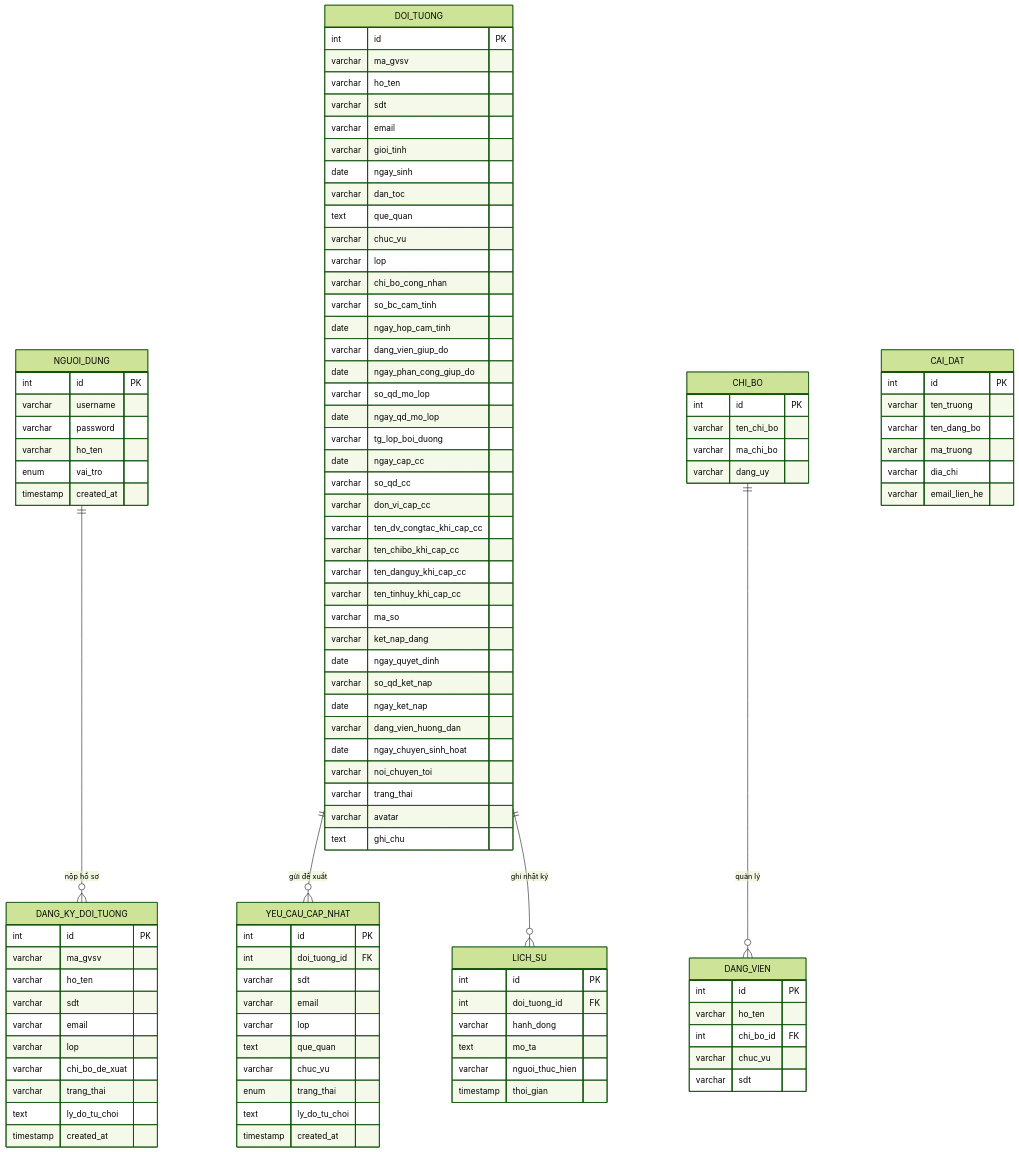
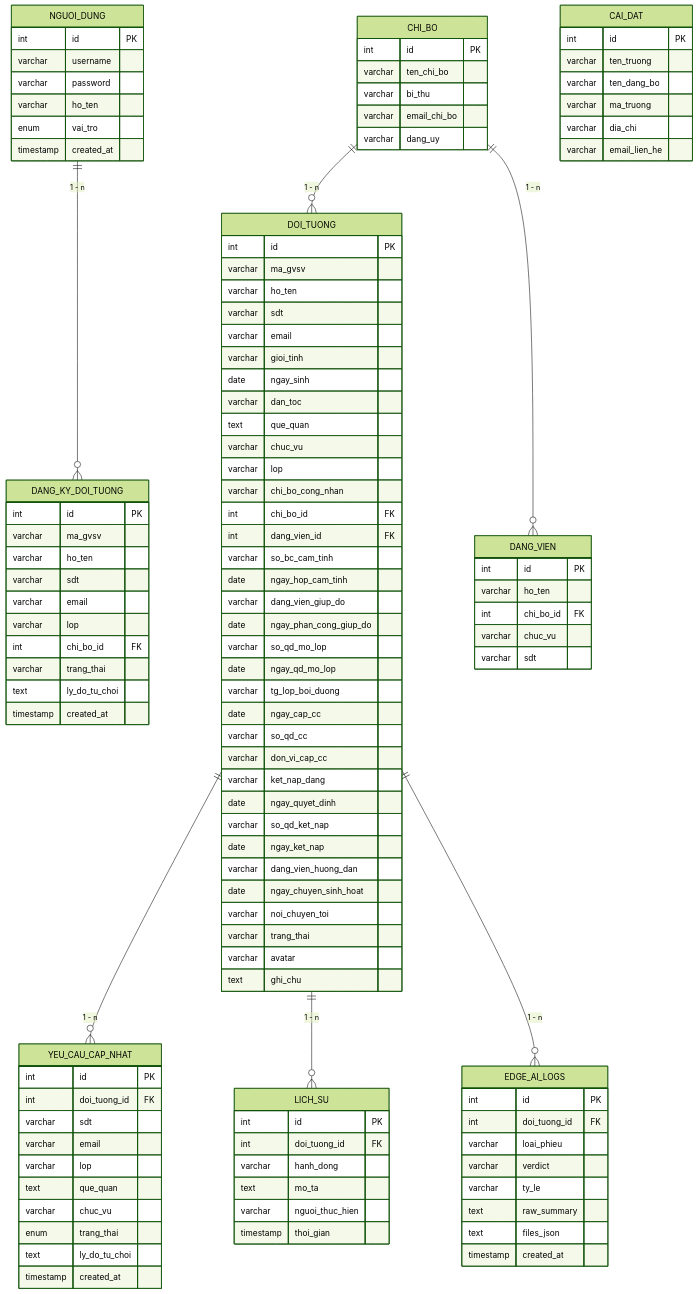
The tenth of 10 diagrams in chitiet.md (Datdajt03/QLQTUT-Dang), drawn with Mermaid (forest theme) before and after one commit. The commit also changed other lines of this file and 67 other files, not shown here.

````diff
--- a/chitiet.md
+++ b/chitiet.md
@@ -676,6 +699,8 @@
         varchar chuc_vu
         varchar lop
         varchar chi_bo_cong_nhan
+        int chi_bo_id FK
+        int dang_vien_id FK
         varchar so_bc_cam_tinh
         date ngay_hop_cam_tinh
         varchar dang_vien_giup_do
@@ -686,11 +711,6 @@
         date ngay_cap_cc
         varchar so_qd_cc
         varchar don_vi_cap_cc
-        varchar ten_dv_congtac_khi_cap_cc
-        varchar ten_chibo_khi_cap_cc
-        varchar ten_danguy_khi_cap_cc
-        varchar ten_tinhuy_khi_cap_cc
-        varchar ma_so
         varchar ket_nap_dang
         date ngay_quyet_dinh
         varchar so_qd_ket_nap
@@ -709,7 +729,7 @@
         varchar sdt
         varchar email
         varchar lop
-        varchar chi_bo_de_xuat
+        int chi_bo_id FK
         varchar trang_thai
         text ly_do_tu_choi
         timestamp created_at
@@ -729,7 +749,8 @@
     CHI_BO {
         int id PK
         varchar ten_chi_bo
-        varchar ma_chi_bo
+        varchar bi_thu
+        varchar email_chi_bo
         varchar dang_uy
     }
     DANG_VIEN {
@@ -747,6 +768,16 @@
         varchar nguoi_thuc_hien
         timestamp thoi_gian
     }
+    EDGE_AI_LOGS {
+        int id PK
+        int doi_tuong_id FK
+        varchar loai_phieu
+        varchar verdict
+        varchar ty_le
+        text raw_summary
+        text files_json
+        timestamp created_at
+    }
     CAI_DAT {
         int id PK
         varchar ten_truong
@@ -756,8 +787,10 @@
         varchar email_lien_he
     }
 
-    DOI_TUONG ||--o{ YEU_CAU_CAP_NHAT : "gửi đề xuất"
-    DOI_TUONG ||--o{ LICH_SU : "ghi nhật ký"
-    CHI_BO ||--o{ DANG_VIEN : "quản lý"
-    NGUOI_DUNG ||--o{ DANG_KY_DOI_TUONG : "nộp hồ sơ"
+    DOI_TUONG ||--o{ YEU_CAU_CAP_NHAT : "1 - n"
+    DOI_TUONG ||--o{ LICH_SU : "1 - n"
+    DOI_TUONG ||--o{ EDGE_AI_LOGS : "1 - n"
+    CHI_BO ||--o{ DOI_TUONG : "1 - n"
+    CHI_BO ||--o{ DANG_VIEN : "1 - n"
+    NGUOI_DUNG ||--o{ DANG_KY_DOI_TUONG : "1 - n"
 ```
````
